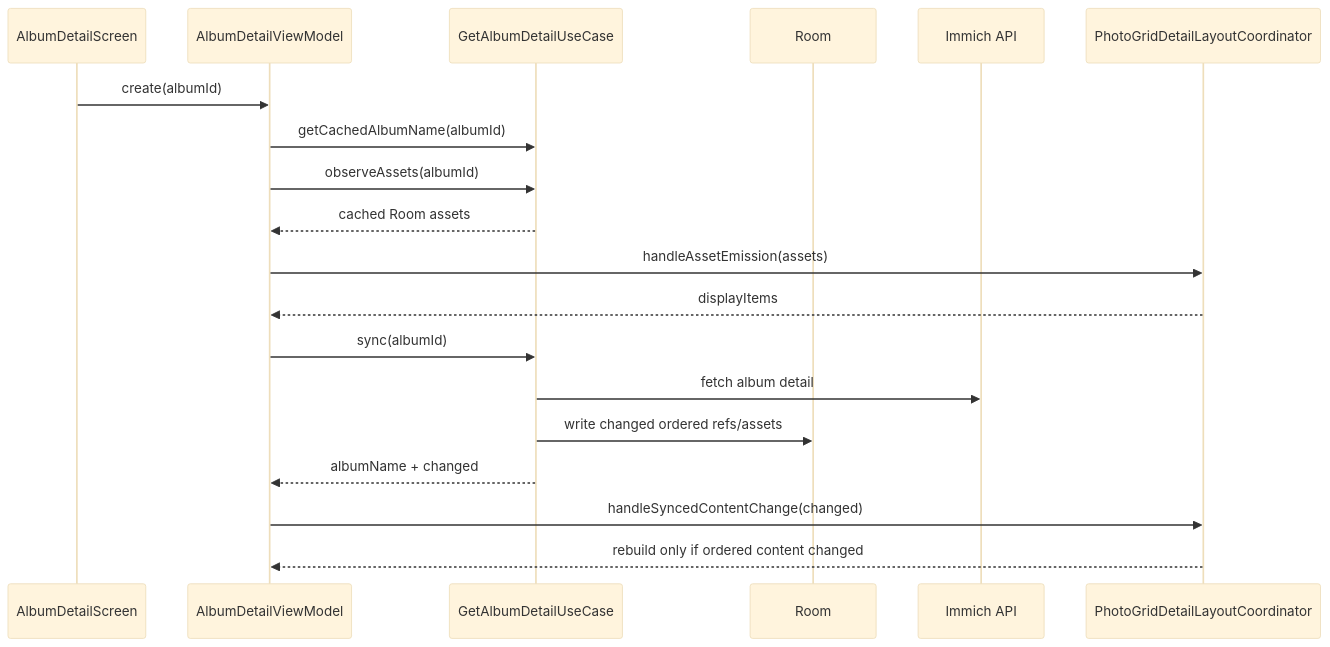
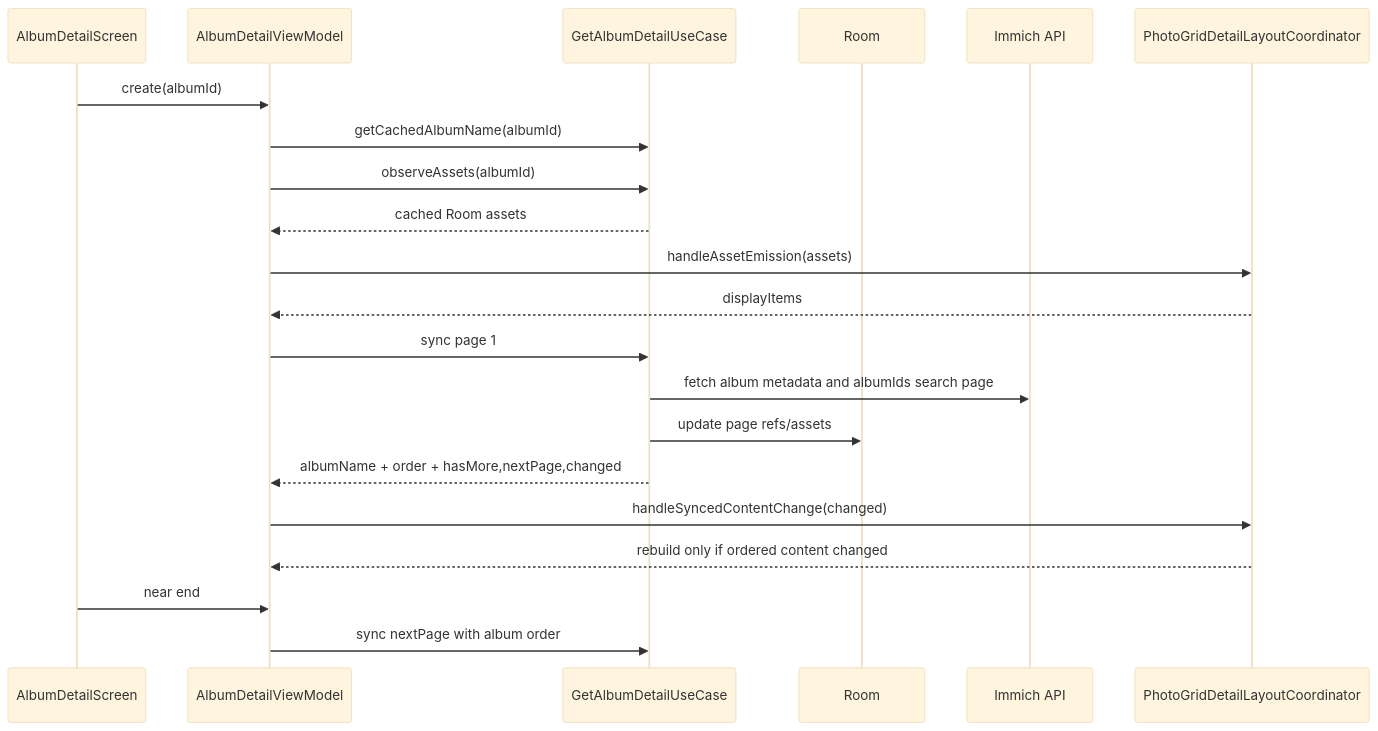
One commit to ch4ndu/ImmichGallery changed the second of 9 diagrams in docs/ai/album-person-detail.md. Above: the diagram before and after it, drawn with Mermaid (base theme). The commit also changed other lines of this file and 15 other files, not shown here.

Commit message:
Fix album loading and detail pagination

````diff
--- a/docs/ai/album-person-detail.md
+++ b/docs/ai/album-person-detail.md
@@ -130,22 +130,24 @@
 ```mermaid
 sequenceDiagram
     participant UI as AlbumDetailScreen
     participant VM as AlbumDetailViewModel
     participant UC as GetAlbumDetailUseCase
     participant Room as Room
     participant API as Immich API
     participant Coord as PhotoGridDetailLayoutCoordinator
 
     UI->>VM: create(albumId)
     VM->>UC: getCachedAlbumName(albumId)
     VM->>UC: observeAssets(albumId)
     UC-->>VM: cached Room assets
     VM->>Coord: handleAssetEmission(assets)
     Coord-->>VM: displayItems
-    VM->>UC: sync(albumId)
-    UC->>API: fetch album detail
-    UC->>Room: write changed ordered refs/assets
-    UC-->>VM: albumName + changed
+    VM->>UC: sync page 1
+    UC->>API: fetch album metadata and albumIds search page
+    UC->>Room: update page refs/assets
+    UC-->>VM: albumName + order + hasMore,nextPage,changed
     VM->>Coord: handleSyncedContentChange(changed)
     Coord-->>VM: rebuild only if ordered content changed
+    UI->>VM: near end
+    VM->>UC: sync nextPage with album order
 ```
````
